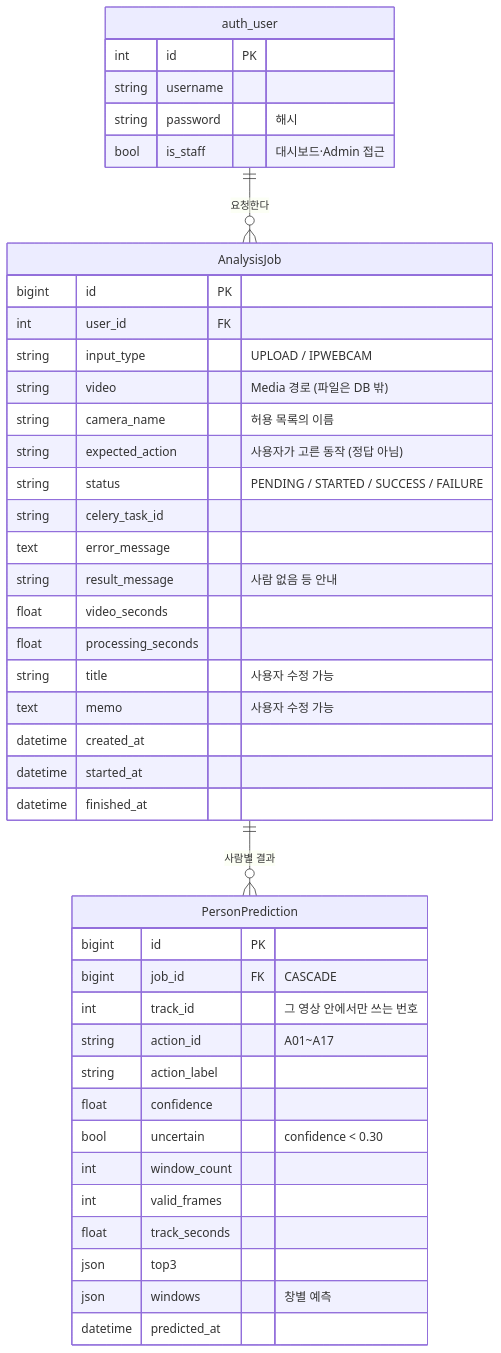
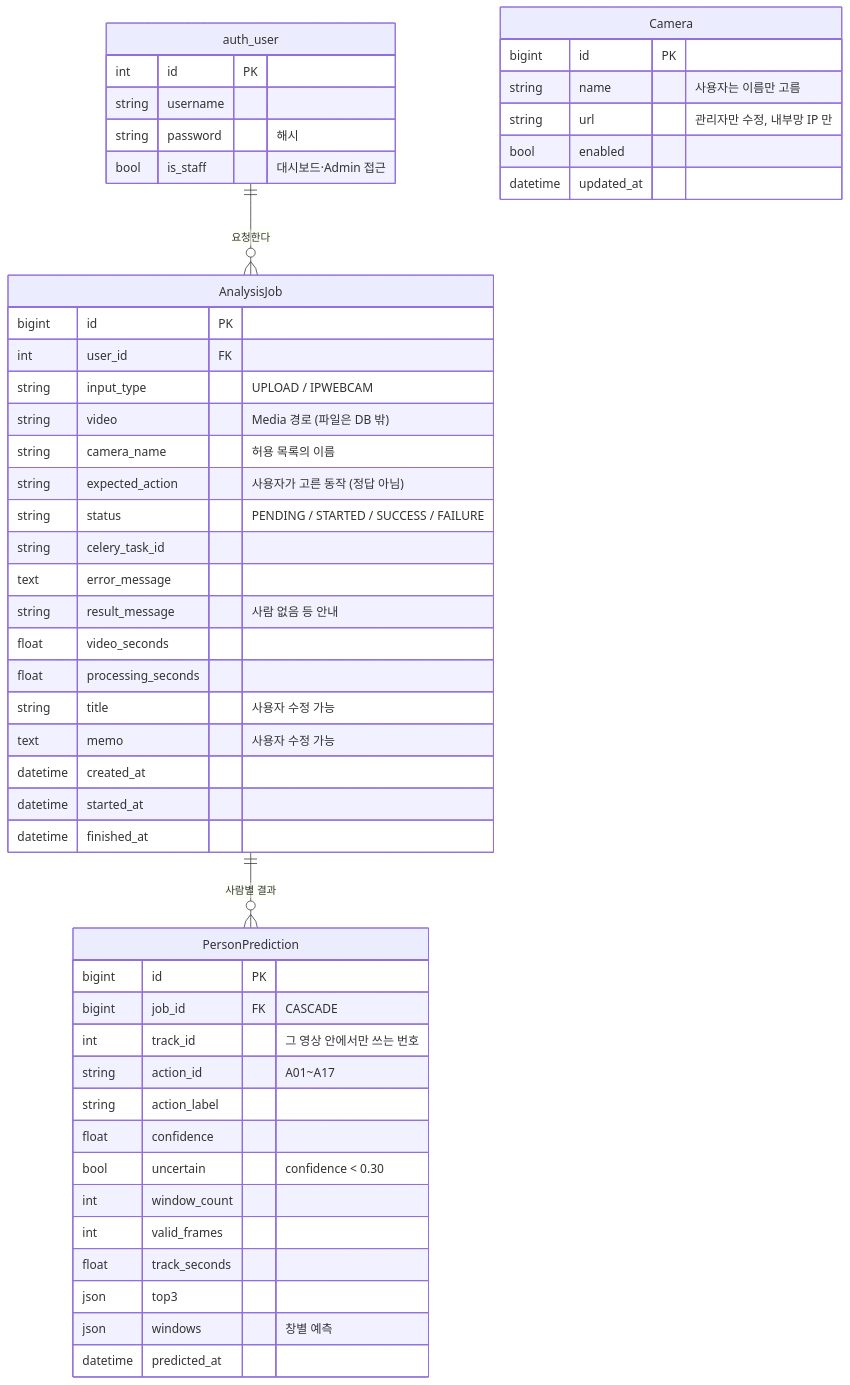
Before and after one commit to wlgptjd333/store-anomaly-service: the second of 3 diagrams in README.md, drawn with Mermaid. The commit also changed other lines of this file and 22 other files, not shown here.

````diff
--- a/README.md
+++ b/README.md
@@ -104,46 +113,53 @@
 ```mermaid
 erDiagram
     auth_user ||--o{ AnalysisJob : "요청한다"
     AnalysisJob ||--o{ PersonPrediction : "사람별 결과"
 
     auth_user {
         int id PK
         string username
         string password "해시"
         bool is_staff "대시보드·Admin 접근"
     }
     AnalysisJob {
         bigint id PK
         int user_id FK
         string input_type "UPLOAD / IPWEBCAM"
         string video "Media 경로 (파일은 DB 밖)"
         string camera_name "허용 목록의 이름"
         string expected_action "사용자가 고른 동작 (정답 아님)"
         string status "PENDING / STARTED / SUCCESS / FAILURE"
         string celery_task_id
         text error_message
         string result_message "사람 없음 등 안내"
         float video_seconds
         float processing_seconds
         string title "사용자 수정 가능"
         text memo "사용자 수정 가능"
         datetime created_at
         datetime started_at
         datetime finished_at
     }
     PersonPrediction {
         bigint id PK
         bigint job_id FK "CASCADE"
         int track_id "그 영상 안에서만 쓰는 번호"
         string action_id "A01~A17"
         string action_label
         float confidence
         bool uncertain "confidence < 0.30"
         int window_count
         int valid_frames
         float track_seconds
         json top3
         json windows "창별 예측"
         datetime predicted_at
     }
+    Camera {
+        bigint id PK
+        string name "사용자는 이름만 고름"
+        string url "관리자만 수정, 내부망 IP 만"
+        bool enabled
+        datetime updated_at
+    }
 ```
````
